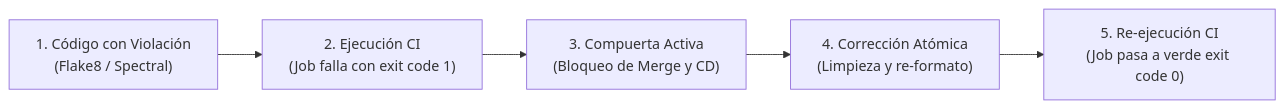
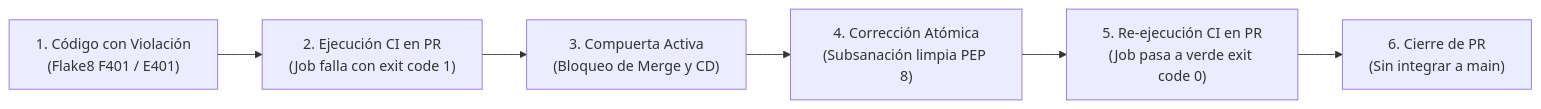
One commit to enriqueherreraec/nexora-arquitectura changed the diagram in evidencias/semana4/falla-controlada.md. Above: the diagram before and after it, drawn with Mermaid. The commit also changed other lines of this file and 3 other files, not shown here.

````diff
--- a/evidencias/semana4/falla-controlada.md
+++ b/evidencias/semana4/falla-controlada.md
@@ -17,7 +17,8 @@
 ```mermaid
 flowchart LR
-    A["1. Código con Violación<br>(Flake8 / Spectral)"] --> B["2. Ejecución CI<br>(Job falla con exit code 1)"]
+    A["1. Código con Violación<br>(Flake8 F401 / E401)"] --> B["2. Ejecución CI en PR<br>(Job falla con exit code 1)"]
     B --> C["3. Compuerta Activa<br>(Bloqueo de Merge y CD)"]
-    C --> D["4. Corrección Atómica<br>(Limpieza y re-formato)"]
-    D --> E["5. Re-ejecución CI<br>(Job pasa a verde exit code 0)"]
+    C --> D["4. Corrección Atómica<br>(Subsanación limpia PEP 8)"]
+    D --> E["5. Re-ejecución CI en PR<br>(Job pasa a verde exit code 0)"]
+    E --> F["6. Cierre de PR<br>(Sin integrar a main)"]
 ```
````
